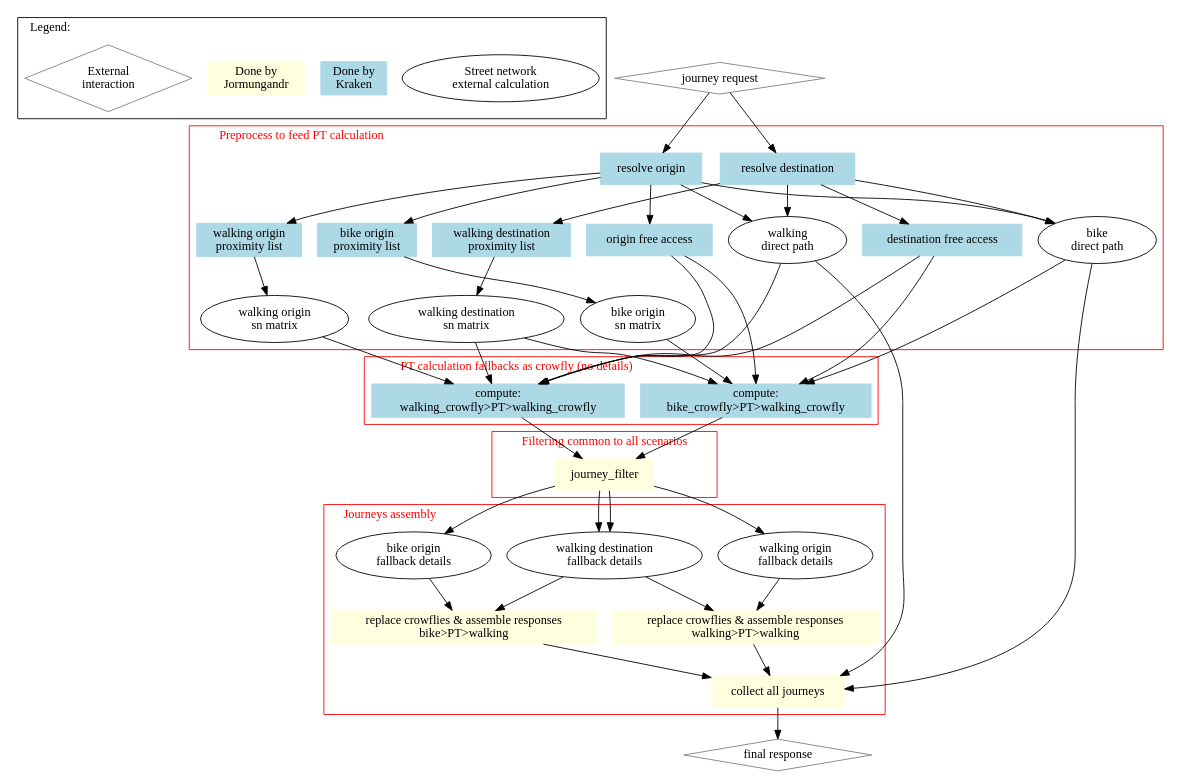
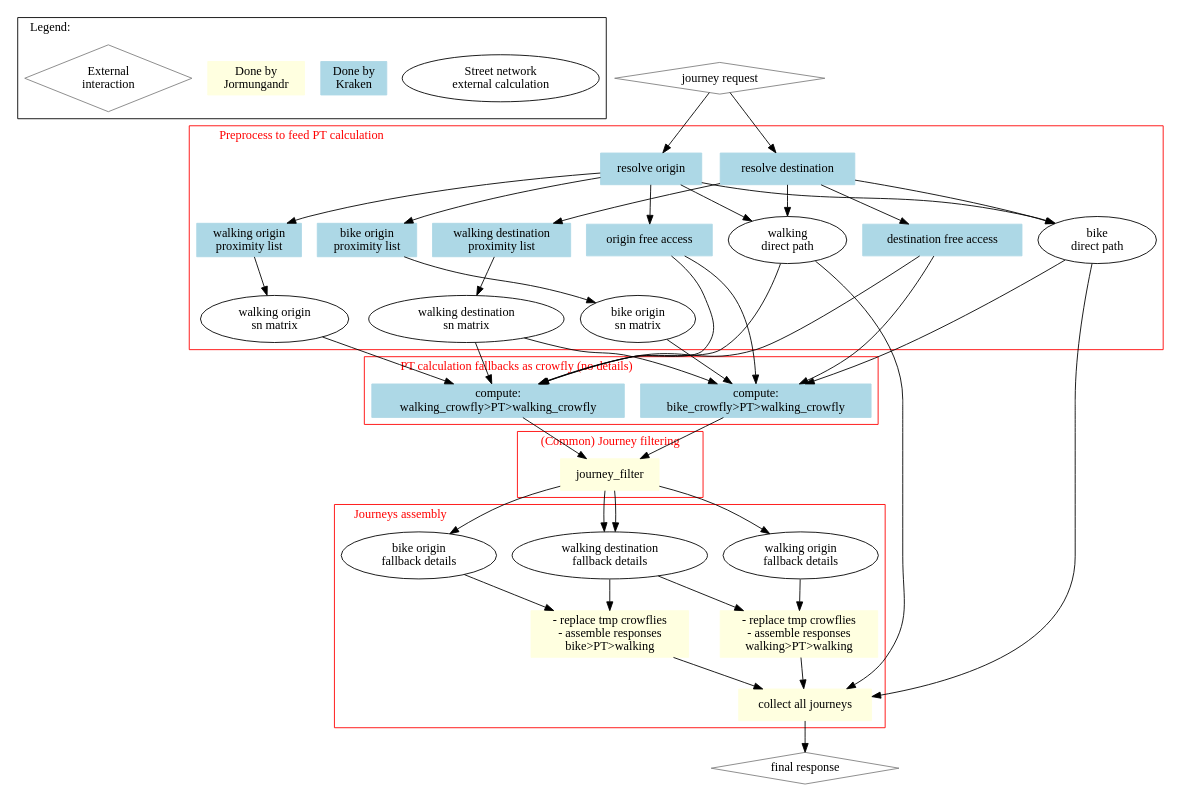
Before and after one commit to hove-io/navitia: the diagram in documentation/diagrams/distributed_diagram.gv, drawn with Graphviz. The commit also changed 1 other file, not shown here.

```diff
--- a/documentation/diagrams/distributed_diagram.gv
+++ b/documentation/diagrams/distributed_diagram.gv
@@ -1,115 +1,115 @@
 // request in this example
 // https://api.navitia.io/v1/coverage/fr-idf/journeys?from=stop_area%3AOIF%3ASA%3A59238&to=2.33071%3B48.83890&first_section_mode%5B%5D=bike&first_section_mode%5B%5D=walking&datetime=20180614T113500&last_section_mode%5B%5D=walking&
 
 digraph distributed {
     subgraph cluster_legend {
         label = "Legend:"
         labeljust = "l"
 
         legend_delegated [label = "Street network\nexternal calculation"]
         legend_kraken [label = "Done by\nKraken", shape = box, color = lightblue, style = filled]
         legend_jormungandr [label= "Done by\nJormungandr", shape = box, color = lightyellow, style = filled]
         legend_external [label = "External\ninteraction", shape = diamond, color = gray]
     }
 
 
     req [label = "journey request", shape = diamond, color = gray]
     resp [label = "final response", shape = diamond, color = gray]
 
     subgraph cluster_preprocess_for_pt {
         label = "Preprocess to feed PT calculation"
         labeljust = "l"
         color = red
         fontcolor = red
 
         res_orig [label = "resolve origin", shape = box, color = lightblue, style = filled]
         res_dest [label = "resolve destination", shape = box, color = lightblue, style = filled]
         orig_free [label = "origin free access", shape = box, color = lightblue, style = filled]
         dest_free [label = "destination free access", shape = box, color = lightblue, style = filled]
         walk_dp [label = "walking\ndirect path"]
         bike_dp [label = "bike\ndirect path"]
         orig_walk_pl [label = "walking origin\nproximity list", shape = box, color = lightblue, style = filled]
         orig_bike_pl [label = "bike origin\nproximity list", shape = box, color = lightblue, style = filled]
         dest_walk_pl [label = "walking destination\nproximity list", shape = box, color = lightblue, style = filled]
         orig_walk_matrix [label = "walking origin\nsn matrix"]
         orig_bike_matrix [label = "bike origin\nsn matrix"]
         dest_walk_matrix [label = "walking destination\nsn matrix"]
     }
 
     subgraph cluster_pt_calculation {
         walking_pt_walking [label = "compute:\nwalking_crowfly>PT>walking_crowfly", shape = box, color = lightblue, style = filled]
         bike_pt_walking [label = "compute:\nbike_crowfly>PT>walking_crowfly", shape = box, color = lightblue, style = filled]
 
         label = "PT calculation fallbacks as crowfly (no details)"
         labeljust = "l"
         color = red
         fontcolor = red
     }
 
     subgraph cluster_assembly {
         orig_walk_fallback [label = "walking origin\nfallback details"]
         orig_bike_fallback [label = "bike origin\nfallback details"]
         dest_walk_fallback [label = "walking destination\nfallback details"]
-        assemble_walk_pt_walk [label = "replace crowflies & assemble responses\nwalking>PT>walking", shape = "box", color = lightyellow, style = filled]
-        assemble_bike_pt_walk [label = "replace crowflies & assemble responses\nbike>PT>walking", shape = "box", color = lightyellow, style = filled]
+        assemble_walk_pt_walk [label = "- replace tmp crowflies\n- assemble responses\nwalking>PT>walking", shape = "box", color = lightyellow, style = filled]
+        assemble_bike_pt_walk [label = "- replace tmp crowflies\n- assemble responses\nbike>PT>walking", shape = "box", color = lightyellow, style = filled]
         collect [label= "collect all journeys", shape = box, color = lightyellow, style = filled]
 
         label = "Journeys assembly"
         labeljust = "l"
         color = red
         fontcolor = red
     }
 
     subgraph cluster_journey_fiflters {
         Journey_Filters [label = "journey_filter", shape = "box", color = lightyellow, style = filled]
 
-        label = "Filtering common to all scenarios"
+        label = "(Common) Journey filtering"
         labeljust = "l"
         color = red
         fontcolor = red
     }
 
     req -> res_orig
     req -> res_dest
 
     //direct paths
     res_orig -> walk_dp -> collect
     res_dest -> walk_dp
 
     res_orig -> bike_dp -> collect
     res_dest -> bike_dp
 
     //free access
     res_orig -> orig_free
     res_dest -> dest_free
 
     //matrix
     res_orig -> orig_walk_pl -> orig_walk_matrix
     res_orig -> orig_bike_pl -> orig_bike_matrix
     res_dest -> dest_walk_pl -> dest_walk_matrix
 
     //PT walking - walking
     orig_walk_matrix -> walking_pt_walking
     dest_walk_matrix -> walking_pt_walking
     walk_dp -> walking_pt_walking
     orig_free -> walking_pt_walking
     dest_free -> walking_pt_walking
 
     //PT bike - walking
     orig_bike_matrix -> bike_pt_walking
     dest_walk_matrix -> bike_pt_walking
     bike_dp -> bike_pt_walking
     orig_free -> bike_pt_walking
     dest_free -> bike_pt_walking
 
     //Journey assembly
     walking_pt_walking -> Journey_Filters
     Journey_Filters -> dest_walk_fallback -> assemble_walk_pt_walk
     Journey_Filters -> orig_walk_fallback -> assemble_walk_pt_walk -> collect
 
     bike_pt_walking -> Journey_Filters
     Journey_Filters -> dest_walk_fallback -> assemble_bike_pt_walk
     Journey_Filters -> orig_bike_fallback  -> assemble_bike_pt_walk -> collect
 
     collect -> resp
 }
```
